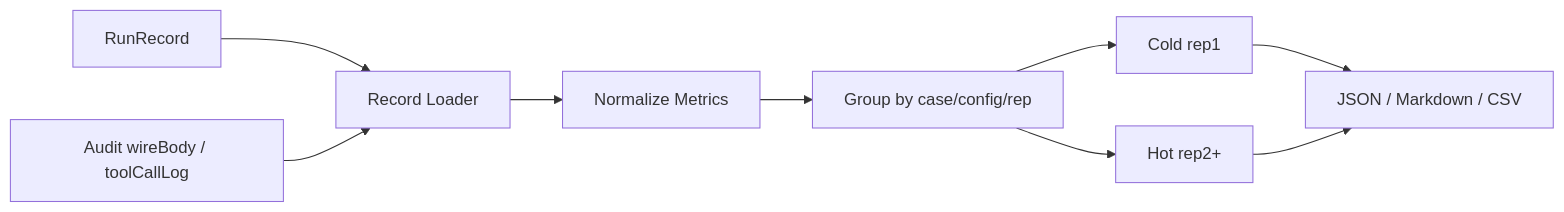
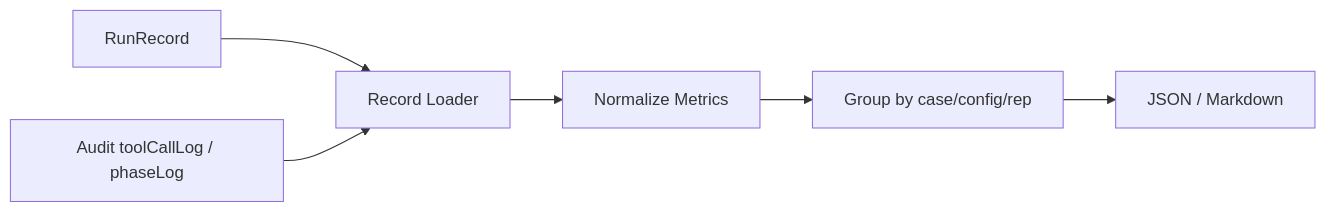
The third of 17 diagrams in docs/design/02-agent-design/ReviewAgent Token 优化方案——以 20~30% Token 成本达到通用 Agent 检视效果.md (MustacheXb/ReviewAgent-pi), drawn with Mermaid before and after one commit. The commit also changed other lines of this file and 15 other files, not shown here.

````diff
--- a/docs/design/02-agent-design/ReviewAgent Token 优化方案——以 20~30% Token 成本达到通用 Agent 检视效果.md
+++ b/docs/design/02-agent-design/ReviewAgent Token 优化方案——以 20~30% Token 成本达到通用 Agent 检视效果.md
@@ -270,11 +270,8 @@
 ```mermaid
 flowchart LR
   A[RunRecord] --> C[Record Loader]
-  B[Audit wireBody / toolCallLog] --> C
+  B[Audit toolCallLog / phaseLog] --> C
   C --> D[Normalize Metrics]
   D --> E[Group by case/config/rep]
-  E --> F[Cold rep1]
-  E --> G[Hot rep2+]
-  F --> H[JSON / Markdown / CSV]
-  G --> H
+  E --> H[JSON / Markdown]
 ```
````
